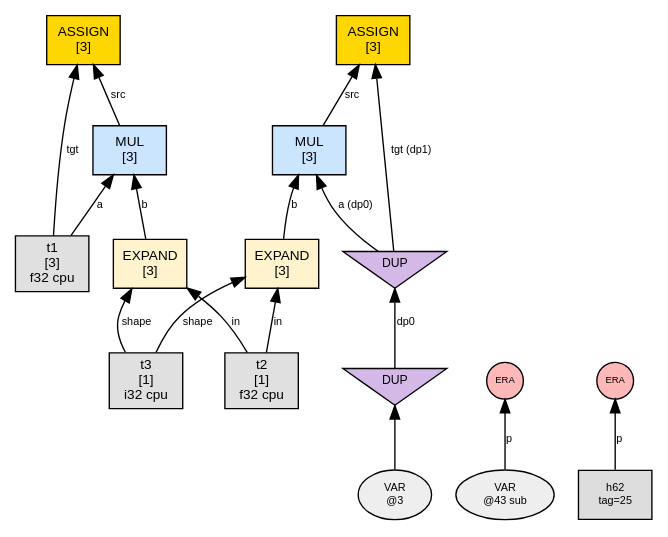
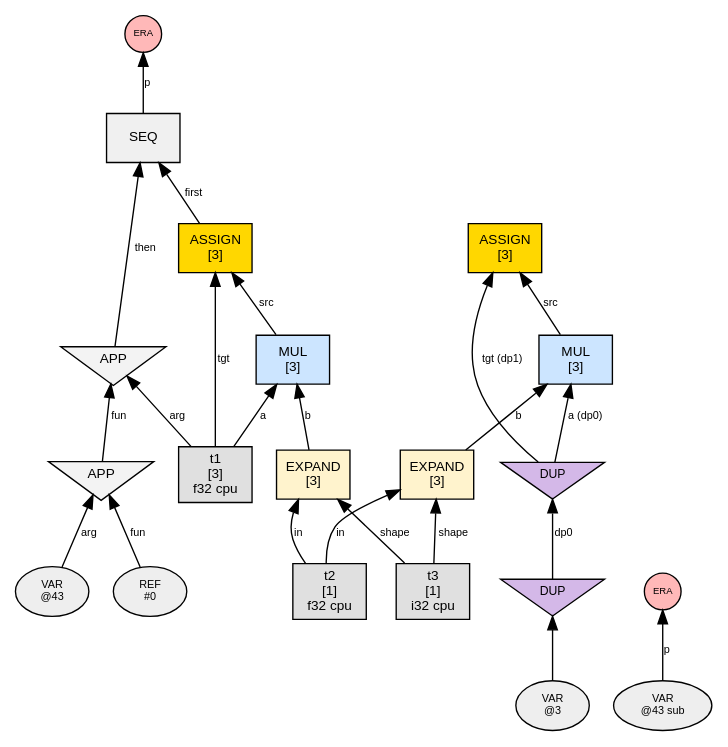
Before and after one commit to sw1sh/TinyHVM: the diagram in phase1_graphs/loop_assign_simple/n0_post_reduce.dot, drawn with Graphviz. The commit also changed 113 other files, not shown here.

First line of the commit message:
fix: step graph quality — init highlight, TAG_SEQ, checker rules

```diff
--- a/phase1_graphs/loop_assign_simple/n0_post_reduce.dot
+++ b/phase1_graphs/loop_assign_simple/n0_post_reduce.dot
@@ -1,38 +1,48 @@
 digraph G {
   rankdir=BT;
   node [fontname="Helvetica", fontsize=10, style=filled, shape=box, margin="0.1,0.05"];
   edge [fontsize=8, fontname="Helvetica"];
 
   t1 [label="t1\n[3]\nf32 cpu",shape=box,fillcolor="#e0e0e0"];
   n10 [label="EXPAND\n[3]", shape=box, fillcolor="#fff3cd"];
   t2 [label="t2\n[1]\nf32 cpu",shape=box,fillcolor="#e0e0e0"];
   t2 -> n10 [label="in"];
   t3 [label="t3\n[1]\ni32 cpu",shape=box,fillcolor="#e0e0e0"];
   t3 -> n10 [label="shape"];
   n14 [label="MUL\n[3]", shape=box, fillcolor="#cce5ff"];
   dup8 [label="DUP", shape=invtriangle, fillcolor="#d4b8e8", fontsize=9, width=0.7, height=0.5];
   dup7 -> dup8 [label="dp0"];
   dup7 [label="DUP", shape=invtriangle, fillcolor="#d4b8e8", fontsize=9, width=0.7, height=0.5];
   var7 [label="VAR\n@3", shape=oval, fillcolor="#eeeeee", fontsize=8];
   var7 -> dup7;
   dup8 -> n14 [label="a (dp0)"];
   n10 -> n14 [label="b"];
   n18 [label="ASSIGN\n[3]", shape=box, fillcolor="#ffd700"];
   dup8 -> n18 [label="tgt (dp1)"];
   n14 -> n18 [label="src"];
+  n45 [label="SEQ", shape=box, fillcolor="#f0f0f0"];
+  n47 -> n45 [label="first"];
+  n54 -> n45 [label="then"];
   n47 [label="ASSIGN\n[3]", shape=box, fillcolor="#ffd700"];
   t1 -> n47 [label="tgt"];
   n50 -> n47 [label="src"];
+  n54 [label="APP", shape=invtriangle, fillcolor="#f3f3f3"];
+  n56 -> n54 [label="fun"];
+  t1 -> n54 [label="arg"];
   n50 [label="MUL\n[3]", shape=box, fillcolor="#cce5ff"];
   t1 -> n50 [label="a"];
   n52 -> n50 [label="b"];
   n52 [label="EXPAND\n[3]", shape=box, fillcolor="#fff3cd"];
   t2 -> n52 [label="in"];
   t3 -> n52 [label="shape"];
+  n56 [label="APP", shape=invtriangle, fillcolor="#f3f3f3"];
+  ref56 [label="REF\n#0", shape=oval, fillcolor="#eeeeee", fontsize=8];
+  ref56 -> n56 [label="fun"];
+  var57 [label="VAR\n@43", shape=oval, fillcolor="#eeeeee", fontsize=8];
+  var57 -> n56 [label="arg"];
   era61 [label="ERA",shape=circle,width=0.38,height=0.38,fixedsize=true,fillcolor="#ffb8b8",fontsize=7];
   var60 [label="VAR\n@43 sub", shape=oval, fillcolor="#eeeeee", fontsize=8];
   var60 -> era61 [label="p"];
   era63 [label="ERA",shape=circle,width=0.38,height=0.38,fixedsize=true,fillcolor="#ffb8b8",fontsize=7];
-  h62 [label="h62\ntag=25", shape=box, fillcolor="#dddddd", fontsize=8];
-  h62 -> era63 [label="p"];
+  n45 -> era63 [label="p"];
 }
```
